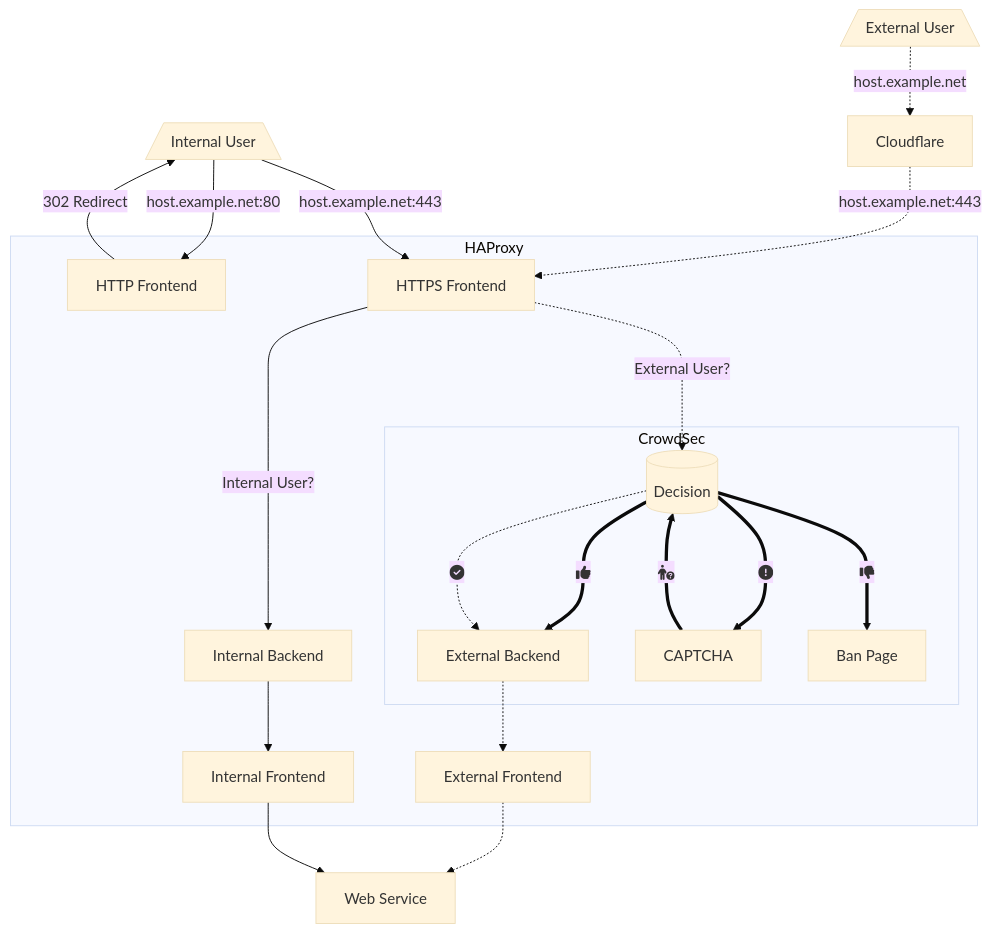
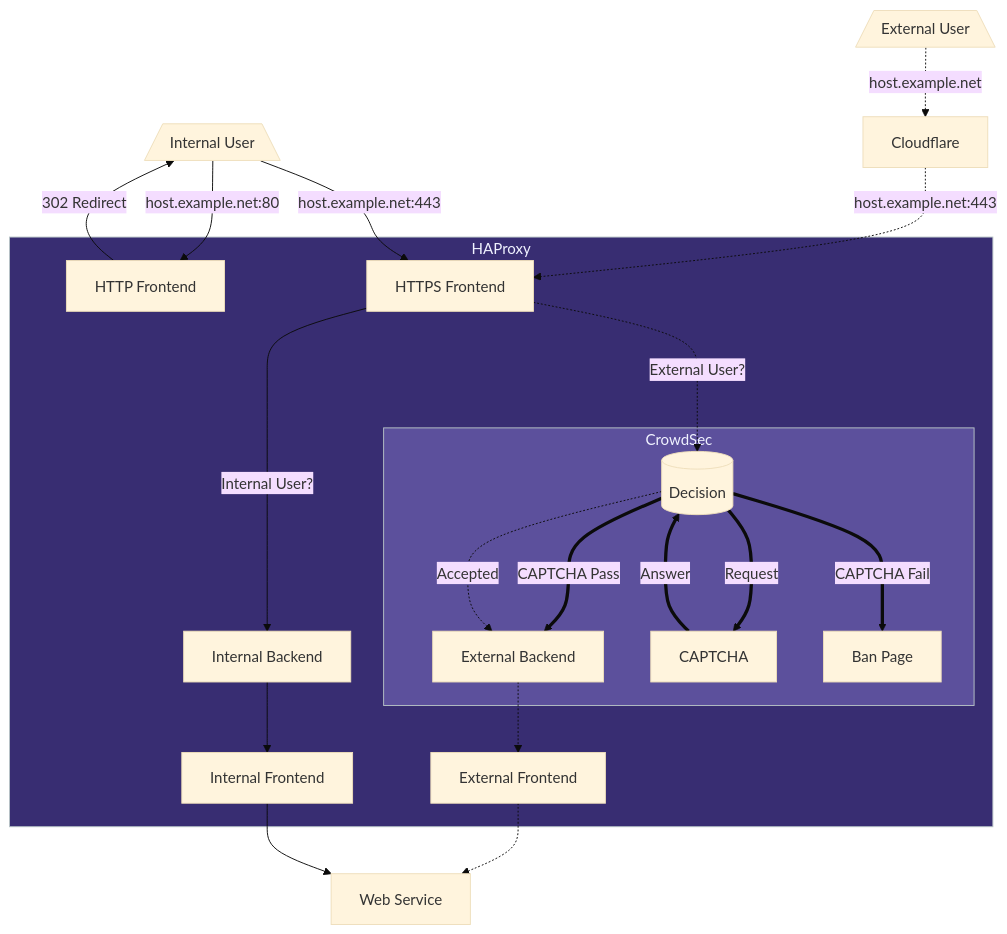
One commit to ciphermenial/ciphermenial.github.io changed the diagram in _posts/2022-07-19-my-haproxy-config.md. Above: the diagram before and after it, drawn with Mermaid (base theme).

````diff
--- a/_posts/2022-07-19-my-haproxy-config.md
+++ b/_posts/2022-07-19-my-haproxy-config.md
@@ -29,42 +29,43 @@
 ```mermaid
 graph TD
   ExtUsr[/External User\]
   IntUsr[/Internal User\]
   Cloudflare
   HTTP[HTTP Frontend]
   HTTPS[HTTPS Frontend]
   IntBackend[Internal Backend]
   IntFrontend[Internal Frontend]
   ExtBackend[External Backend]
   ExtFrontend[External Frontend]
   CS_Decision[(Decision)]
   CS_CAPTCHA[CAPTCHA]
   CS_Ban[Ban Page]
   Server[Web Service]
 
   ExtUsr -."host.example.net".-> Cloudflare
   Cloudflare -."host.example.net:443".-> HTTPS
   IntUsr --"host.example.net:443"--> HTTPS
   IntUsr --"host.example.net:80"--> HTTP
   HTTP --"302 Redirect"--> IntUsr
 
   subgraph HAProxy
+  style HAProxy color:#f0f2ff,fill:#382d72,stroke:#b7c2c6
     HTTP
     HTTPS --"Internal User?"--> IntBackend
     ExtBackend -.-> ExtFrontend
     IntBackend --> IntFrontend
     HTTPS -."External User?"..-> CS_Decision
 
     subgraph CrowdSec
-      CS_Decision ==fa:fa-circle-exclamation===> CS_CAPTCHA
-      CS_Decision ==fa:fa-thumbs-down===> CS_Ban
-      CS_CAPTCHA ==fa:fa-person-circle-question===> CS_Decision
-      CS_Decision ==fa:fa-thumbs-up===> ExtBackend
-
+    style CrowdSec color:#f0f2ff,fill:#5c509c,stroke:#b7c2c6
+      CS_Decision =="Request"===> CS_CAPTCHA
+      CS_Decision =="CAPTCHA Fail"===> CS_Ban
+      CS_CAPTCHA =="Answer"===> CS_Decision
+      CS_Decision =="CAPTCHA Pass"===> ExtBackend
+      CS_Decision -."Accepted".-> ExtBackend
     end
   end
 
- CS_Decision -.fa:fa-circle-check.-> ExtBackend
  ExtFrontend -.-> Server
  IntFrontend --> Server
 ```
````
